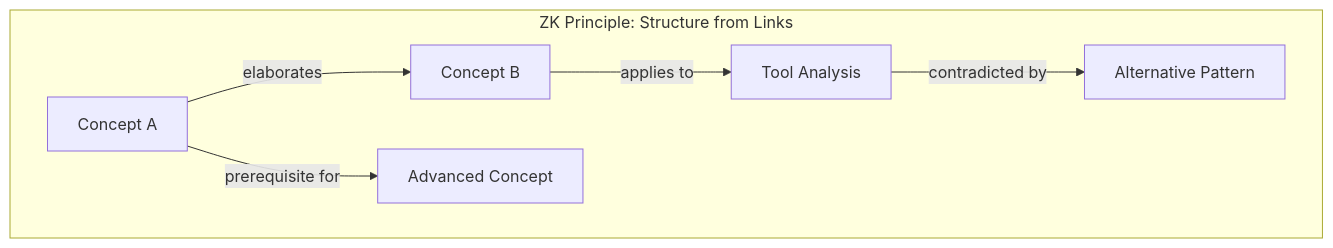
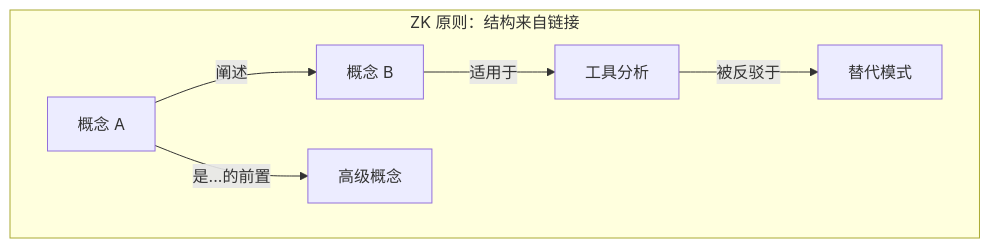
One commit to hencter/Nova changed the first of 2 diagrams in _meta/vault-architecture.md. Above: the diagram before and after it, drawn with Mermaid. The commit also changed other lines of this file and 56 other files, not shown here.

````diff
--- a/_meta/vault-architecture.md
+++ b/_meta/vault-architecture.md
@@ -77,9 +88,9 @@
 ```mermaid
 graph TD
-    subgraph "ZK Principle: Structure from Links"
-        A[Concept A] -->|elaborates| B[Concept B]
-        B -->|applies to| C[Tool Analysis]
-        C -->|contradicted by| D[Alternative Pattern]
-        A -->|prerequisite for| E[Advanced Concept]
+    subgraph "ZK 原则：结构来自链接"
+        A[概念 A] -->|阐述| B[概念 B]
+        B -->|适用于| C[工具分析]
+        C -->|被反驳于| D[替代模式]
+        A -->|是...的前置| E[高级概念]
     end
 ```
````
